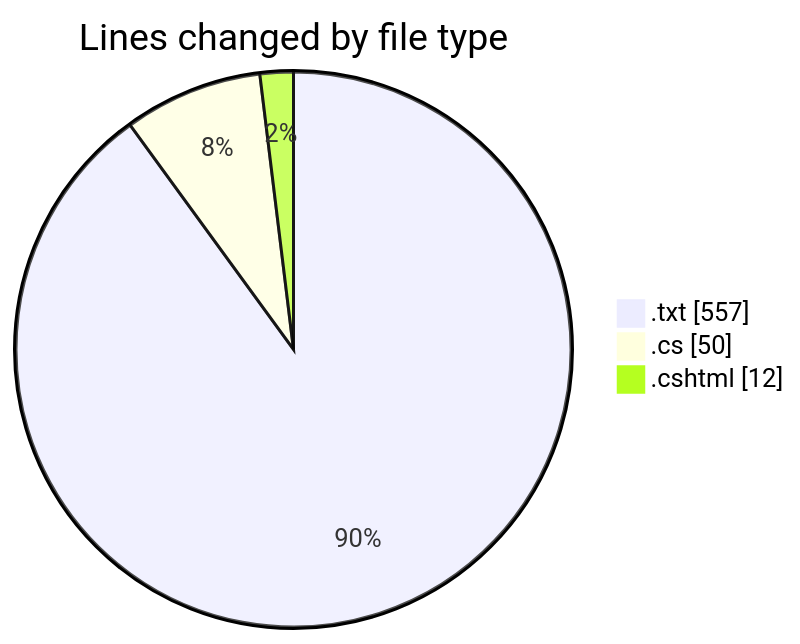
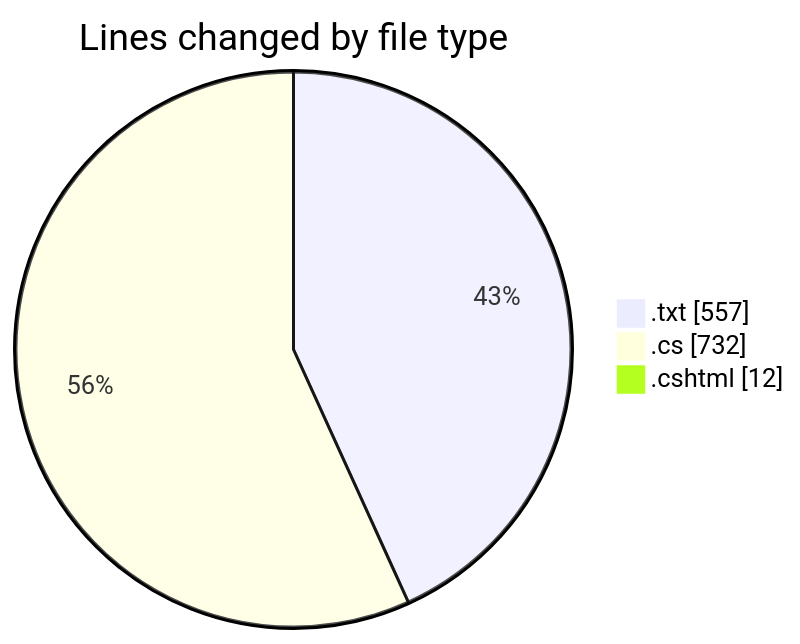
Before and after one commit to lephambinh05/code-tracking: the first of 2 diagrams in 2025-07-26/quanlyrapchieuphim-1/README.md, drawn with Mermaid. The commit also changed other lines of this file and 1 other file, not shown here.

````diff
--- a/2025-07-26/quanlyrapchieuphim-1/README.md
+++ b/2025-07-26/quanlyrapchieuphim-1/README.md
@@ -24,7 +25,7 @@
 ```mermaid
 pie showData
 title Lines changed by file type
 ".txt" : 557
-".cs" : 50
+".cs" : 732
 ".cshtml" : 12
 ```
````
